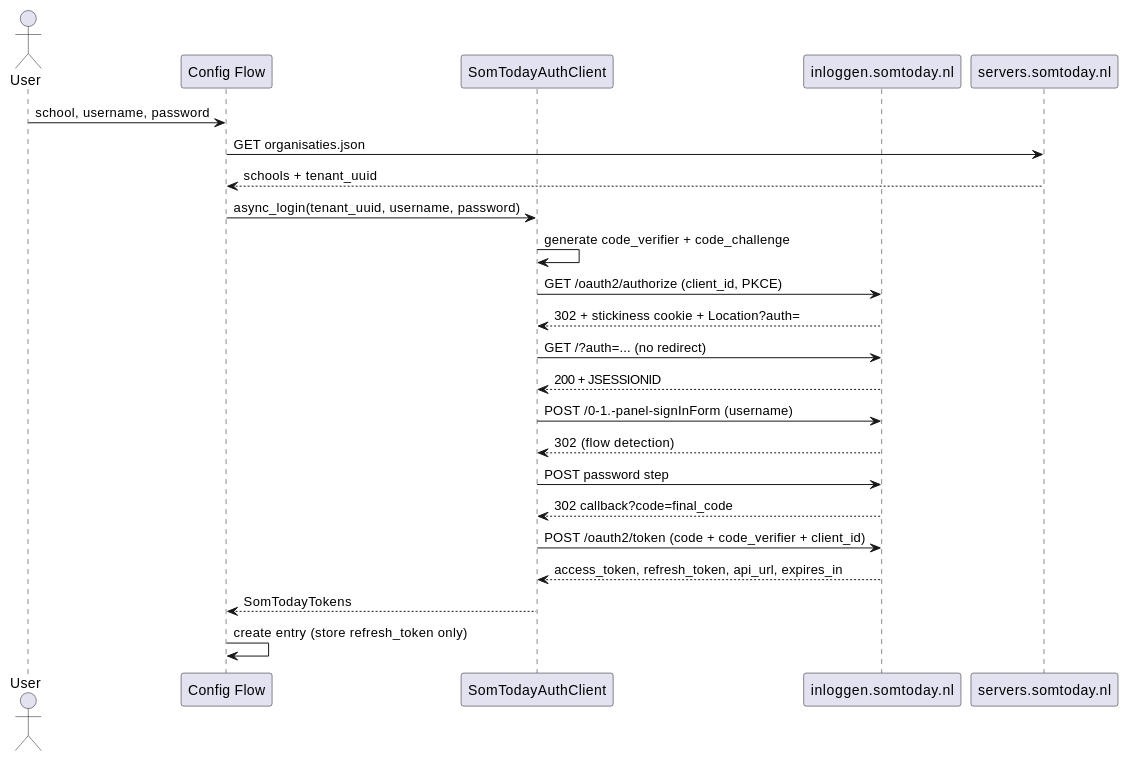
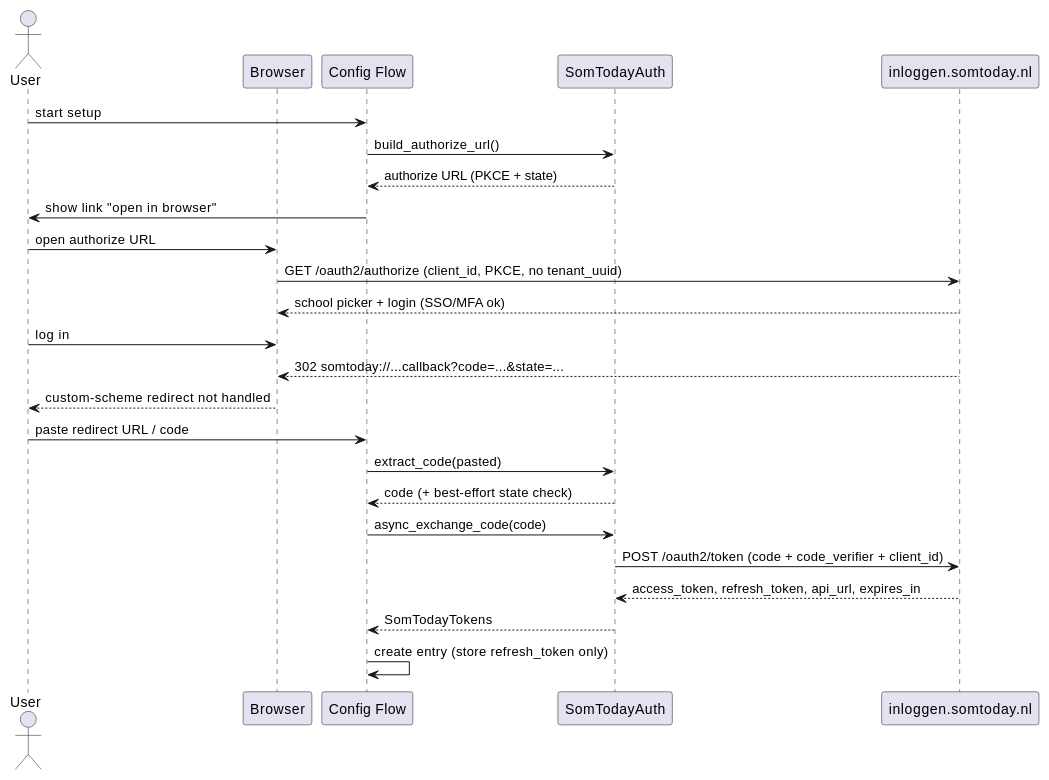
The second of 3 diagrams in docs/architecture.md (QuickSander/homeassistant-somtoday), drawn with PlantUML before and after one commit. The commit also changed other lines of this file and 20 other files, not shown here.

First line of the commit message:
feat: replace password login with browser-based PKCE authorization

````diff
--- a/docs/architecture.md
+++ b/docs/architecture.md
@@ -229,27 +263,28 @@
 ```plantuml
 @startuml
 actor User
+participant "Browser" as BR
 participant "Config Flow" as CF
-participant "SomTodayAuthClient" as AC
+participant "SomTodayAuth" as AC
 participant "inloggen.somtoday.nl" as IDP
-participant "servers.somtoday.nl" as SRV
 
-User -> CF : school, username, password
-CF -> SRV : GET organisaties.json
-SRV --> CF : schools + tenant_uuid
-CF -> AC : async_login(tenant_uuid, username, password)
-AC -> AC : generate code_verifier + code_challenge
-AC -> IDP : GET /oauth2/authorize (client_id, PKCE)
-IDP --> AC : 302 + stickiness cookie + Location?auth=
-AC -> IDP : GET /?auth=... (no redirect)
-IDP --> AC : 200 + JSESSIONID
-AC -> IDP : POST /0-1.-panel-signInForm (username)
-IDP --> AC : 302 (flow detection)
-AC -> IDP : POST password step
-IDP --> AC : 302 callback?code=final_code
+User -> CF : start setup
+CF -> AC : build_authorize_url()
+AC --> CF : authorize URL (PKCE + state)
+CF -> User : show link "open in browser"
+User -> BR : open authorize URL
+BR -> IDP : GET /oauth2/authorize (client_id, PKCE, no tenant_uuid)
+IDP --> BR : school picker + login (SSO/MFA ok)
+User -> BR : log in
+IDP --> BR : 302 somtoday://...callback?code=...&state=...
+BR --> User : custom-scheme redirect not handled
+User -> CF : paste redirect URL / code
+CF -> AC : extract_code(pasted)
+AC --> CF : code (+ best-effort state check)
+CF -> AC : async_exchange_code(code)
 AC -> IDP : POST /oauth2/token (code + code_verifier + client_id)
 IDP --> AC : access_token, refresh_token, api_url, expires_in
 AC --> CF : SomTodayTokens
 CF -> CF : create entry (store refresh_token only)
 @enduml
 ```
````
